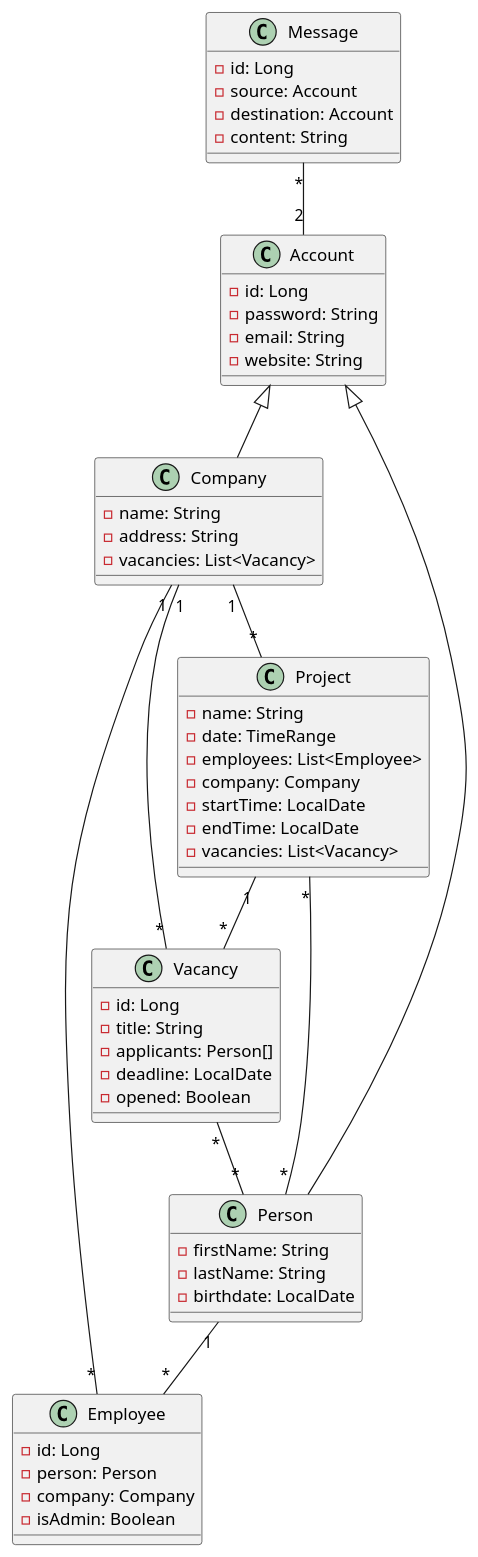
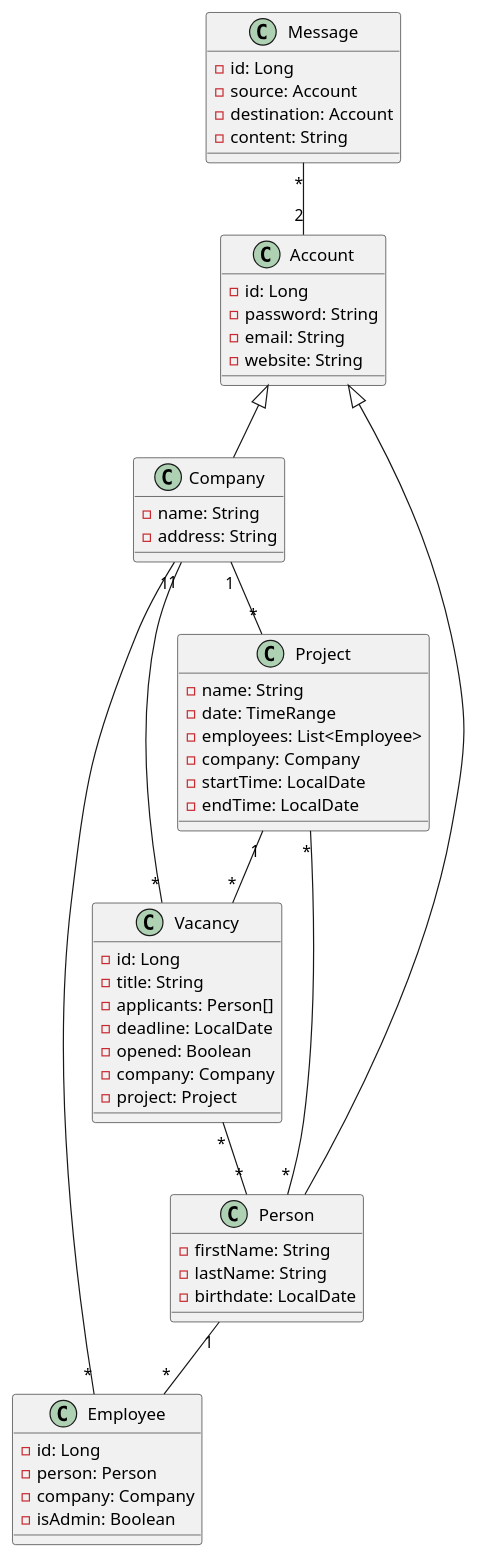
One commit to DirectorsView/documentation changed the diagram in cld/cld.puml. Above: the diagram before and after it, drawn with PlantUML.

Commit message:
update Vacancy concept

```diff
--- a/cld/cld.puml
+++ b/cld/cld.puml
@@ -1,64 +1,64 @@
 @startuml
 
 class Account {
 - id: Long
 - password: String
 - email: String
 - website: String
 }
 
 class Company {
 - name: String
 - address: String
-- vacancies: List<Vacancy>
 }
 
 class Project {
 - name: String
 - date: TimeRange
 - employees: List<Employee>
 - company: Company
 - startTime: LocalDate
 - endTime: LocalDate
-- vacancies: List<Vacancy>
 }
 
 class Person {
 - firstName: String
 - lastName: String
 - birthdate: LocalDate
 }
 
 class Vacancy {
 - id: Long
 - title: String
 - applicants: Person[]
 - deadline: LocalDate
 - opened: Boolean
+- company: Company
+- project: Project
 }
 
 class Message {
 - id: Long
 - source: Account
 - destination: Account
 - content: String
 }
 
 class Employee {
 - id: Long
 - person: Person
 - company: Company
 - isAdmin: Boolean
 }
 
 Account <|-- Company
 Account <|-- Person
 Company "1" -- "*" Project
 Company "1" -- "*" Vacancy
 Vacancy "*" -- "*"Person
 Message "*" -- "2" Account
 Project "*" -- "*" Person
 Project "1" -- "*" Vacancy
 Employee "*" -- "1" Company
 Person "1" -- "*" Employee
 @enduml
```
